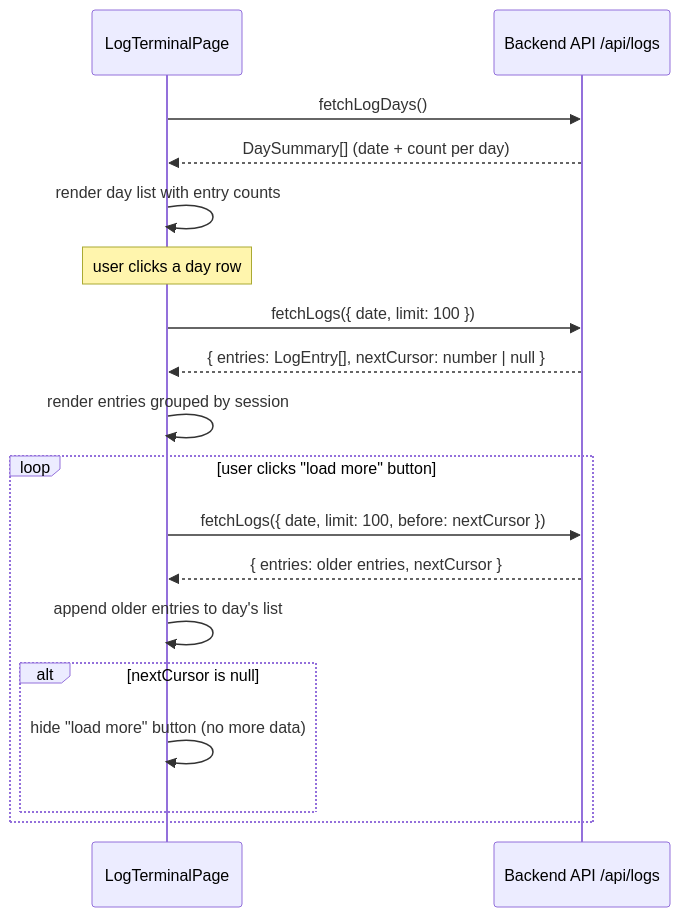
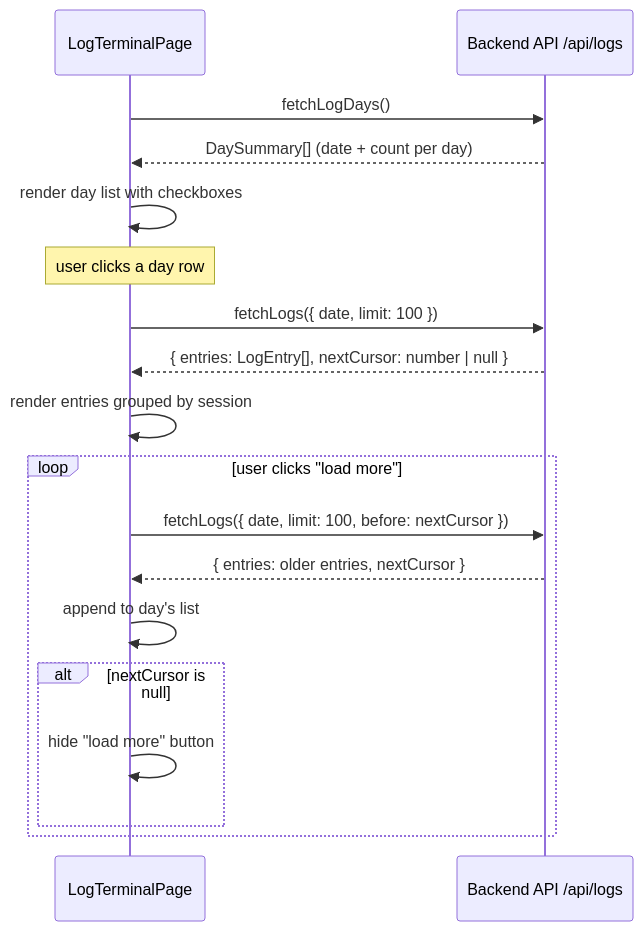
One commit to evilspoon13/track-web changed the eighth of 11 diagrams in documentation/data-flows.md. Above: the diagram before and after it, drawn with Mermaid. The commit also changed other lines of this file and 36 other files, not shown here.

````diff
--- a/documentation/data-flows.md
+++ b/documentation/data-flows.md
@@ -165,23 +214,23 @@
 ```mermaid
 sequenceDiagram
     participant LT as LogTerminalPage
     participant API as Backend API /api/logs
 
     LT->>API: fetchLogDays()
     API-->>LT: DaySummary[] (date + count per day)
-    LT->>LT: render day list with entry counts
+    LT->>LT: render day list with checkboxes
 
     Note over LT: user clicks a day row
     LT->>API: fetchLogs({ date, limit: 100 })
     API-->>LT: { entries: LogEntry[], nextCursor: number | null }
     LT->>LT: render entries grouped by session
 
-    loop user clicks "load more" button
+    loop user clicks "load more"
         LT->>API: fetchLogs({ date, limit: 100, before: nextCursor })
         API-->>LT: { entries: older entries, nextCursor }
-        LT->>LT: append older entries to day's list
+        LT->>LT: append to day's list
         alt nextCursor is null
-            LT->>LT: hide "load more" button (no more data)
+            LT->>LT: hide "load more" button
         end
     end
 ```
````
